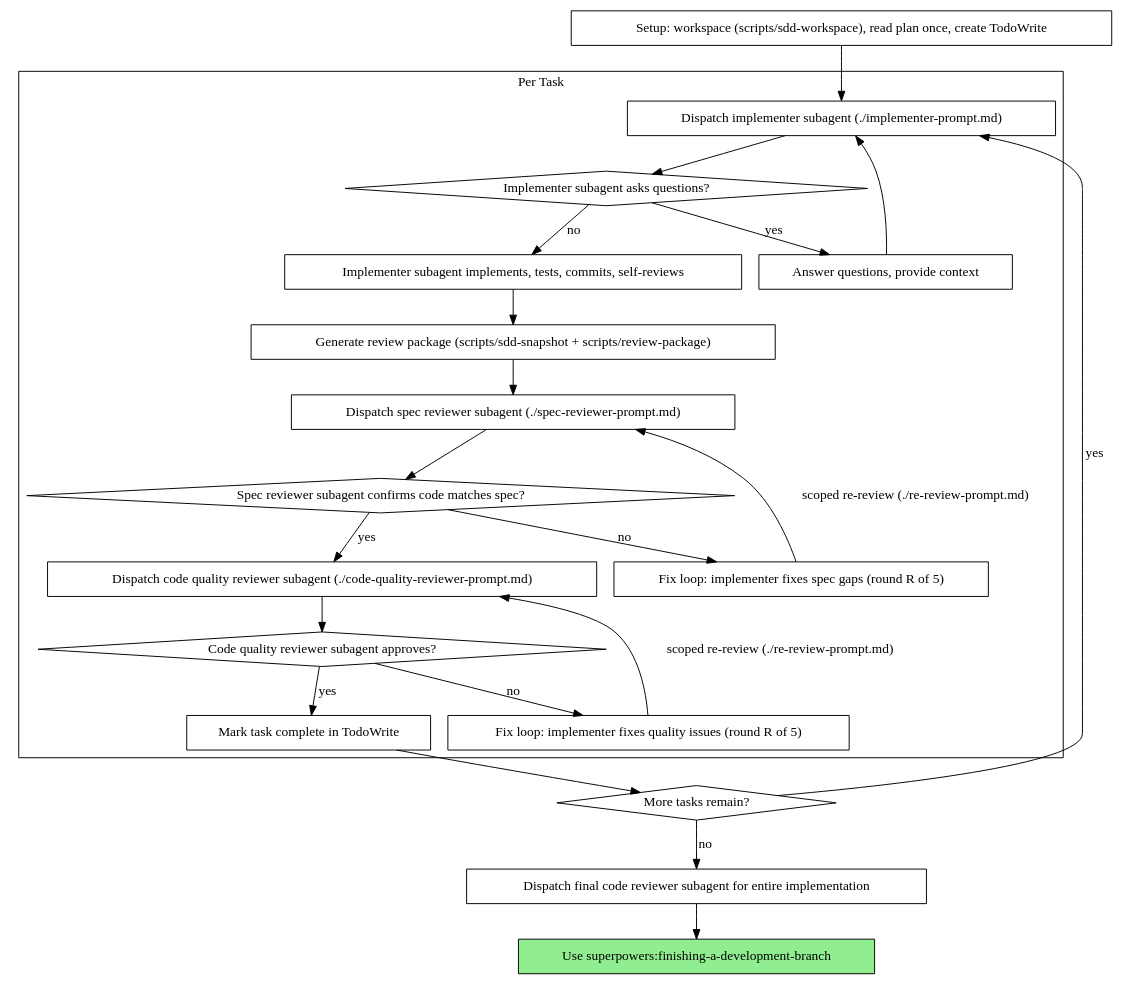
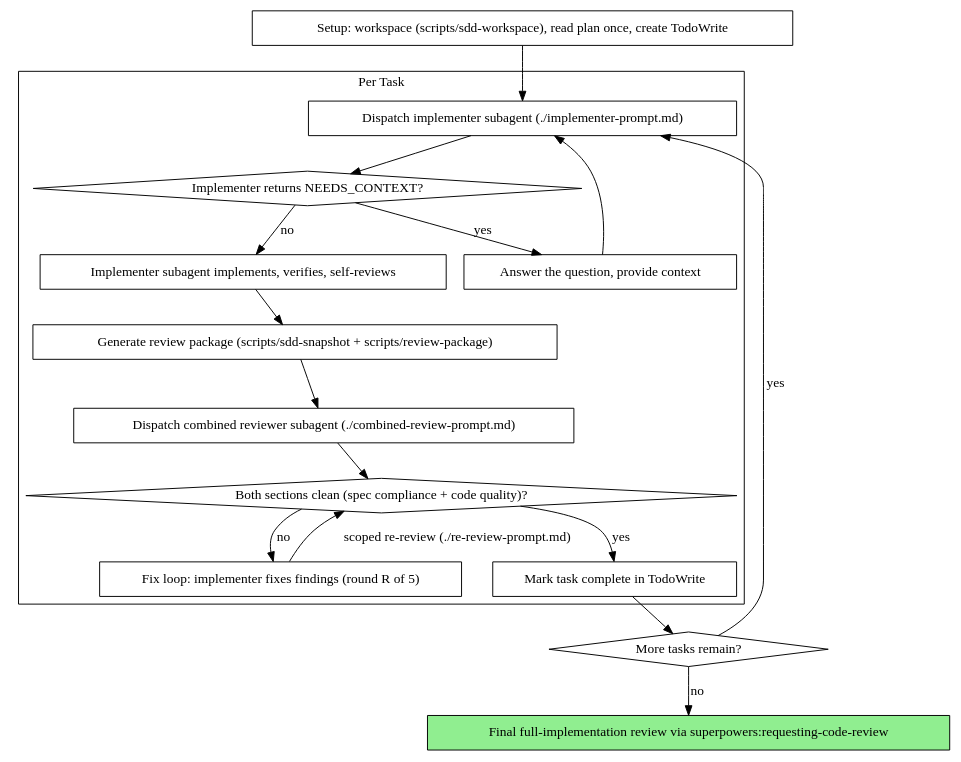
Before and after one commit to gorban-dev/gor-mobile: the diagram in templates/skills/subagent-driven-development/SKILL.md, drawn with Graphviz. The commit also changed other lines of this file and 34 other files, not shown here.

First line of the commit message:
feat: one tiered reviewer, once-per-session reminder, plain using-superpowers, Red Flags folded, cache ratio in status line (v0.5.2)

````diff
--- a/templates/skills/subagent-driven-development/SKILL.md
+++ b/templates/skills/subagent-driven-development/SKILL.md
@@ -40,46 +40,37 @@
 ```dot
 digraph process {
     rankdir=TB;
 
     subgraph cluster_per_task {
         label="Per Task";
         "Dispatch implementer subagent (./implementer-prompt.md)" [shape=box];
-        "Implementer subagent asks questions?" [shape=diamond];
-        "Answer questions, provide context" [shape=box];
-        "Implementer subagent implements, tests, commits, self-reviews" [shape=box];
+        "Implementer returns NEEDS_CONTEXT?" [shape=diamond];
+        "Answer the question, provide context" [shape=box];
+        "Implementer subagent implements, verifies, self-reviews" [shape=box];
         "Generate review package (scripts/sdd-snapshot + scripts/review-package)" [shape=box];
-        "Dispatch spec reviewer subagent (./spec-reviewer-prompt.md)" [shape=box];
-        "Spec reviewer subagent confirms code matches spec?" [shape=diamond];
-        "Fix loop: implementer fixes spec gaps (round R of 5)" [shape=box];
-        "Dispatch code quality reviewer subagent (./code-quality-reviewer-prompt.md)" [shape=box];
-        "Code quality reviewer subagent approves?" [shape=diamond];
-        "Fix loop: implementer fixes quality issues (round R of 5)" [shape=box];
+        "Dispatch combined reviewer subagent (./combined-review-prompt.md)" [shape=box];
+        "Both sections clean (spec compliance + code quality)?" [shape=diamond];
+        "Fix loop: implementer fixes findings (round R of 5)" [shape=box];
         "Mark task complete in TodoWrite" [shape=box];
     }
 
     "Setup: workspace (scripts/sdd-workspace), read plan once, create TodoWrite" [shape=box];
     "More tasks remain?" [shape=diamond];
-    "Dispatch final code reviewer subagent for entire implementation" [shape=box];
-    "Use superpowers:finishing-a-development-branch" [shape=box style=filled fillcolor=lightgreen];
+    "Final full-implementation review via superpowers:requesting-code-review" [shape=box style=filled fillcolor=lightgreen];
 
     "Setup: workspace (scripts/sdd-workspace), read plan once, create TodoWrite" -> "Dispatch implementer subagent (./implementer-prompt.md)";
-    "Dispatch implementer subagent (./implementer-prompt.md)" -> "Implementer subagent asks questions?";
-    "Implementer subagent asks questions?" -> "Answer questions, provide context" [label="yes"];
-    "Answer questions, provide context" -> "Dispatch implementer subagent (./implementer-prompt.md)";
-    "Implementer subagent asks questions?" -> "Implementer subagent implements, tests, commits, self-reviews" [label="no"];
-    "Implementer subagent implements, tests, commits, self-reviews" -> "Generate review package (scripts/sdd-snapshot + scripts/review-package)";
-    "Generate review package (scripts/sdd-snapshot + scripts/review-package)" -> "Dispatch spec reviewer subagent (./spec-reviewer-prompt.md)";
-    "Dispatch spec reviewer subagent (./spec-reviewer-prompt.md)" -> "Spec reviewer subagent confirms code matches spec?";
-    "Spec reviewer subagent confirms code matches spec?" -> "Fix loop: implementer fixes spec gaps (round R of 5)" [label="no"];
-    "Fix loop: implementer fixes spec gaps (round R of 5)" -> "Dispatch spec reviewer subagent (./spec-reviewer-prompt.md)" [label="scoped re-review (./re-review-prompt.md)"];
-    "Spec reviewer subagent confirms code matches spec?" -> "Dispatch code quality reviewer subagent (./code-quality-reviewer-prompt.md)" [label="yes"];
-    "Dispatch code quality reviewer subagent (./code-quality-reviewer-prompt.md)" -> "Code quality reviewer subagent approves?";
-    "Code quality reviewer subagent approves?" -> "Fix loop: implementer fixes quality issues (round R of 5)" [label="no"];
-    "Fix loop: implementer fixes quality issues (round R of 5)" -> "Dispatch code quality reviewer subagent (./code-quality-reviewer-prompt.md)" [label="scoped re-review (./re-review-prompt.md)"];
-    "Code quality reviewer subagent approves?" -> "Mark task complete in TodoWrite" [label="yes"];
+    "Dispatch implementer subagent (./implementer-prompt.md)" -> "Implementer returns NEEDS_CONTEXT?";
+    "Implementer returns NEEDS_CONTEXT?" -> "Answer the question, provide context" [label="yes"];
+    "Answer the question, provide context" -> "Dispatch implementer subagent (./implementer-prompt.md)";
+    "Implementer returns NEEDS_CONTEXT?" -> "Implementer subagent implements, verifies, self-reviews" [label="no"];
+    "Implementer subagent implements, verifies, self-reviews" -> "Generate review package (scripts/sdd-snapshot + scripts/review-package)";
+    "Generate review package (scripts/sdd-snapshot + scripts/review-package)" -> "Dispatch combined reviewer subagent (./combined-review-prompt.md)";
+    "Dispatch combined reviewer subagent (./combined-review-prompt.md)" -> "Both sections clean (spec compliance + code quality)?";
+    "Both sections clean (spec compliance + code quality)?" -> "Fix loop: implementer fixes findings (round R of 5)" [label="no"];
+    "Fix loop: implementer fixes findings (round R of 5)" -> "Both sections clean (spec compliance + code quality)?" [label="scoped re-review (./re-review-prompt.md)"];
+    "Both sections clean (spec compliance + code quality)?" -> "Mark task complete in TodoWrite" [label="yes"];
     "Mark task complete in TodoWrite" -> "More tasks remain?";
     "More tasks remain?" -> "Dispatch implementer subagent (./implementer-prompt.md)" [label="yes"];
-    "More tasks remain?" -> "Dispatch final code reviewer subagent for entire implementation" [label="no"];
-    "Dispatch final code reviewer subagent for entire implementation" -> "Use superpowers:finishing-a-development-branch";
+    "More tasks remain?" -> "Final full-implementation review via superpowers:requesting-code-review" [label="no"];
 }
 ```
````
